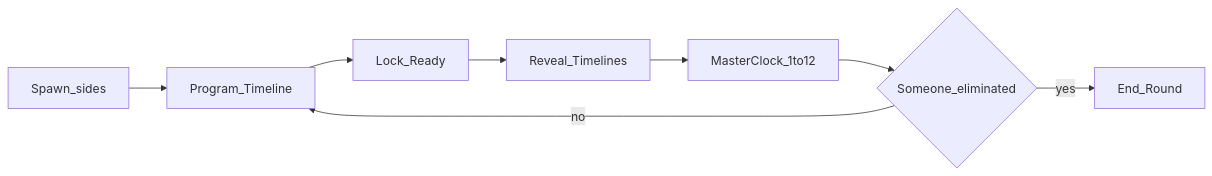
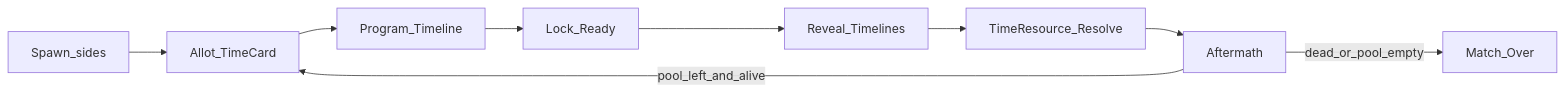
Before and after one commit to XinYe12/logiCard: the diagram in docs/CORE_LOOP.md, drawn with Mermaid. The commit also changed other lines of this file and 67 other files, not shown here.

First line of the commit message:
Day 3b/4: Match Time Card lifecycle, ghost resolve + playback, C34 rescope

````diff
--- a/docs/CORE_LOOP.md
+++ b/docs/CORE_LOOP.md
@@ -38,10 +42,11 @@
 ```mermaid
 flowchart LR
-  spawn[Spawn_sides] --> program[Program_Timeline]
+  spawn[Spawn_sides] --> allot[Allot_TimeCard]
+  allot --> program[Program_Timeline]
   program --> lock[Lock_Ready]
   lock --> reveal[Reveal_Timelines]
-  reveal --> clock[MasterClock_1to12]
-  clock --> check{Someone_eliminated}
-  check -->|yes| endRound[End_Round]
-  check -->|no| program
+  reveal --> resolve[TimeResource_Resolve]
+  resolve --> aftermath[Aftermath]
+  aftermath -->|pool_left_and_alive| allot
+  aftermath -->|dead_or_pool_empty| matchOver[Match_Over]
 ```
````
